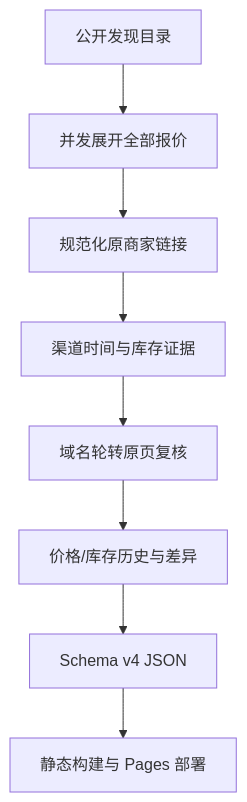
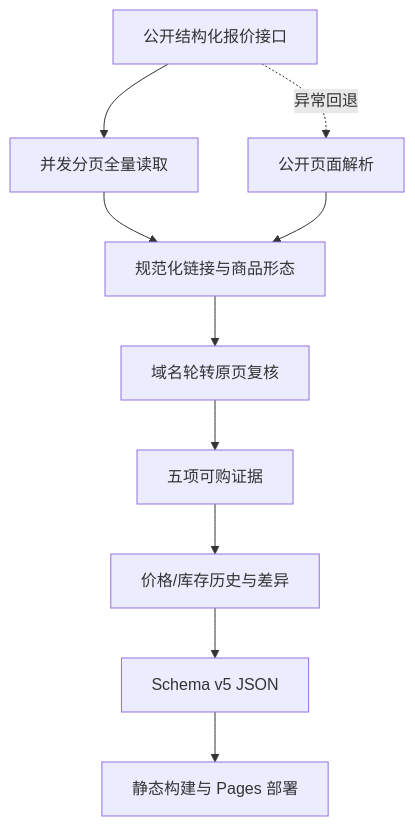
The diagram in README.md (yusheng266186-beep/liandong-ai-radar), drawn with Mermaid before and after one commit. The commit also changed other lines of this file and 8 other files, not shown here.

````diff
--- a/README.md
+++ b/README.md
@@ -128,10 +139,12 @@
 ```mermaid
 flowchart TD
-    A[公开发现目录] --> B[并发展开全部报价]
-    B --> C[规范化原商家链接]
-    C --> D[渠道时间与库存证据]
+    A[公开结构化报价接口] --> B[并发分页全量读取]
+    A -.异常回退.-> C[公开页面解析]
+    B --> D[规范化链接与商品形态]
+    C --> D
     D --> E[域名轮转原页复核]
-    E --> F[价格/库存历史与差异]
-    F --> G[Schema v4 JSON]
-    G --> H[静态构建与 Pages 部署]
+    E --> F[五项可购证据]
+    F --> G[价格/库存历史与差异]
+    G --> H[Schema v5 JSON]
+    H --> I[静态构建与 Pages 部署]
 ```
````
